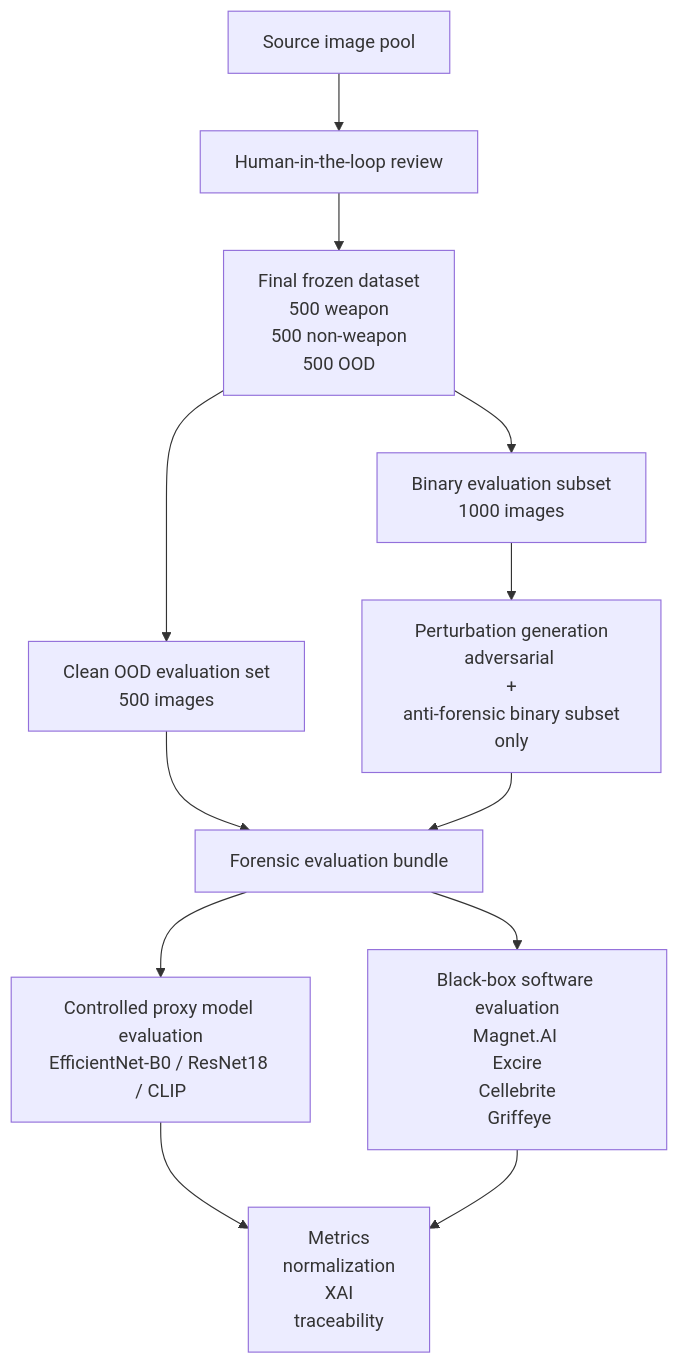
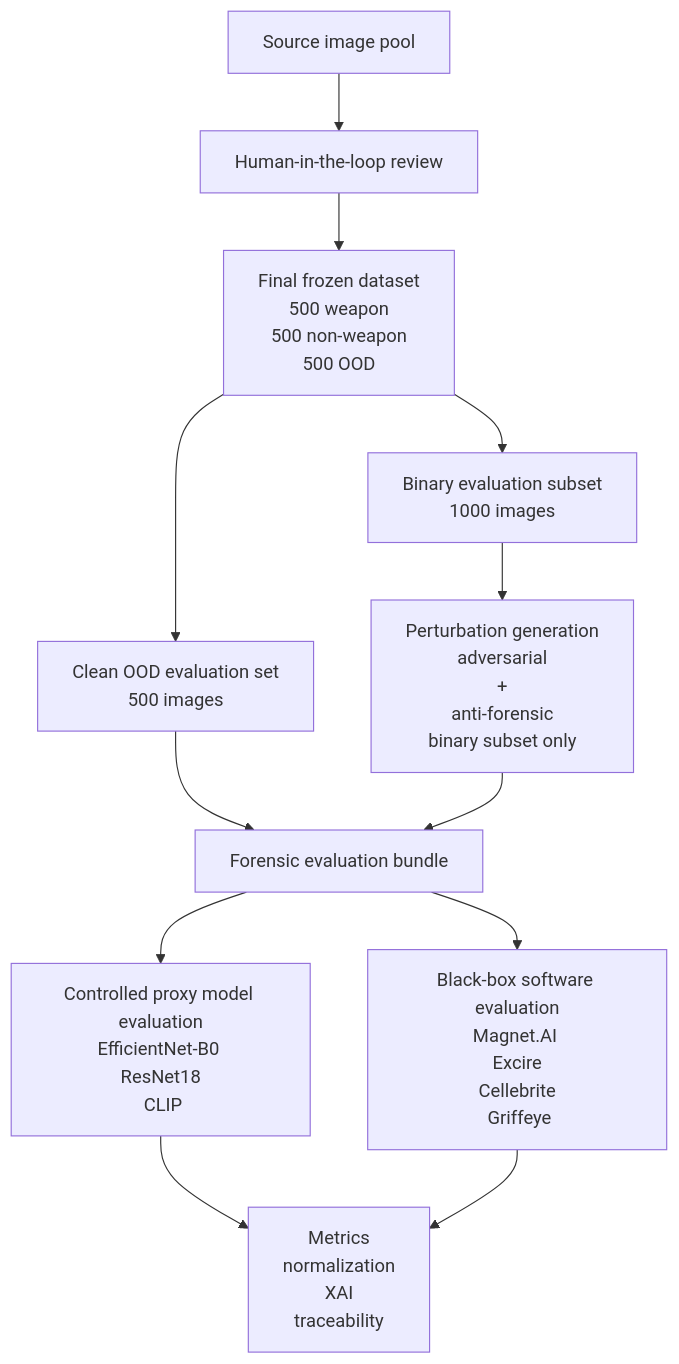
One commit to lmolinario/msc-thesis-ai-robustness-in-digital-forensics changed the second of 2 diagrams in README.md. Above: the diagram before and after it, drawn with Mermaid.

````diff
--- a/README.md
+++ b/README.md
@@ -93,29 +93,29 @@
 ```mermaid
 flowchart TD
     A[Source image pool]
     B[Human-in-the-loop review]
     C[Final frozen dataset<br/>500 weapon <br/> 500 non-weapon <br/> 500 OOD]
 
     D[Binary evaluation subset<br/>1000 images]
     E[Clean OOD evaluation set<br/>500 images]
 
-    F[Perturbation generation<br/>adversarial <br/>+<br/> anti-forensic binary subset only]
+    F[Perturbation generation<br/>adversarial <br/>+<br/> anti-forensic <br/> binary subset only]
 
     G[Forensic evaluation bundle]
 
-    H[Controlled proxy model evaluation<br/>EfficientNet-B0 / ResNet18 / CLIP]
+    H[Controlled proxy model evaluation<br/>EfficientNet-B0 <br/> ResNet18 <br/> CLIP]
     I[Black-box software evaluation<br/>Magnet.AI <br/> Excire <br/> Cellebrite <br/> Griffeye]
 
     J[Metrics <br/> normalization <br/> XAI <br/> traceability]
 
     A --> B --> C
     C --> D
     C --> E
     D --> F
     E --> G
     F --> G
     G --> H
     G --> I
     H --> J
     I --> J
 ```
````
